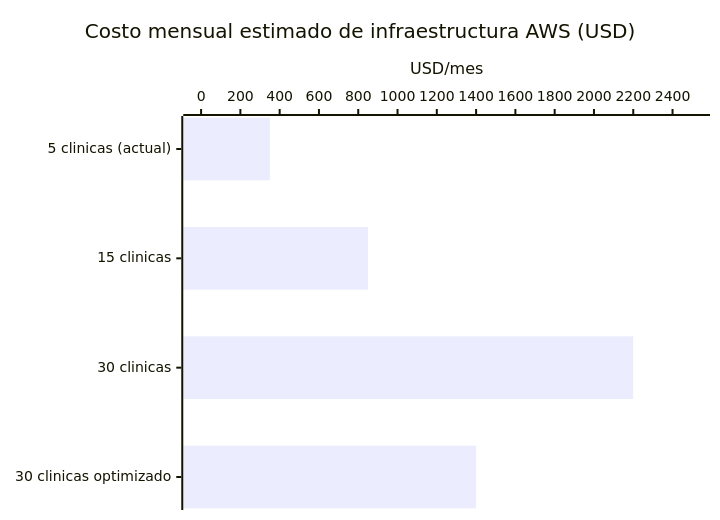
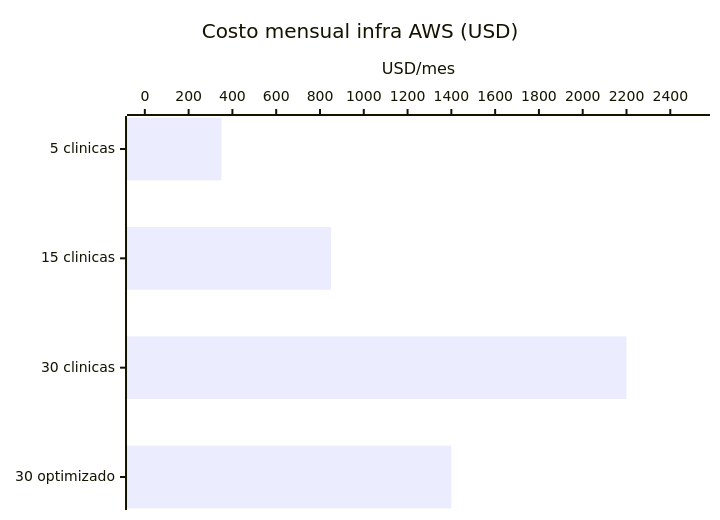
One commit to gmeono94/nua-salud-panel changed diagram 17 of 19 in README.md. Above: the diagram before and after it, drawn with Mermaid. The commit also changed other lines of this file, not shown here.

First line of the commit message:
fix: shorten Mermaid labels, fix 5→8 metrics text, rework team scaling

````diff
--- a/README.md
+++ b/README.md
@@ -871,7 +871,7 @@
 ```mermaid
 xychart-beta horizontal
-    title "Costo mensual estimado de infraestructura AWS (USD)"
-    x-axis ["5 clinicas (actual)", "15 clinicas", "30 clinicas", "30 clinicas optimizado"]
+    title "Costo mensual infra AWS (USD)"
+    x-axis ["5 clinicas", "15 clinicas", "30 clinicas", "30 optimizado"]
     y-axis "USD/mes" 0 --> 2500
     bar [350, 850, 2200, 1400]
 ```
````
